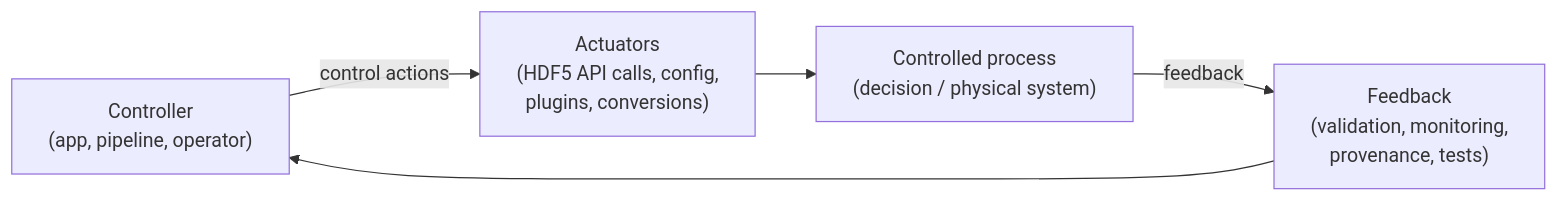
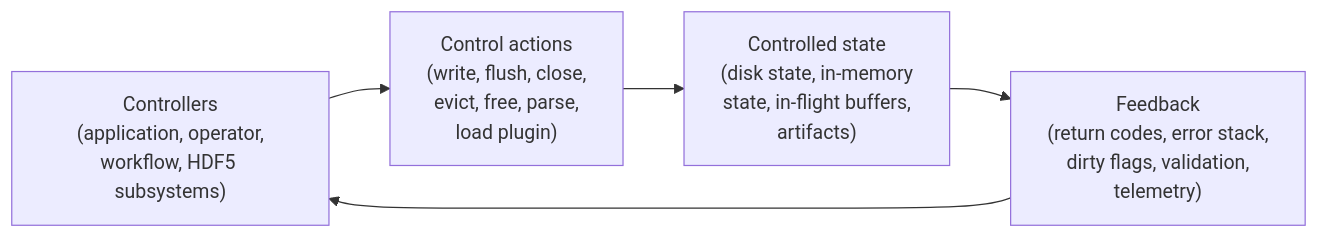
One commit to glennsong09/hdf5-ssp-sig changed the diagram in models/Safety Threats.md. Above: the diagram before and after it, drawn with Mermaid. The commit also changed other lines of this file, not shown here.

````diff
--- a/models/Safety Threats.md
+++ b/models/Safety Threats.md
@@ -138,7 +54,12 @@
 ```mermaid
 flowchart LR
-  C["Controller <br/> (app, pipeline, operator)"] -->|control actions| A["Actuators <br/> (HDF5 API calls, config, <br/> plugins, conversions)"]
-  A --> P["Controlled process <br/> (decision / physical system)"]
-  P -->|feedback| F["Feedback <br/> (validation, monitoring, <br/> provenance, tests)"]
+  C["Controllers<br/>(application, operator,<br/>workflow, HDF5 subsystems)"]
+  A["Control actions<br/>(write, flush, close,<br/>evict, free, parse,<br/> load plugin)"]
+  P["Controlled state<br/>(disk state, in-memory <br/> state, in-flight buffers,<br/> artifacts)"]
+  F["Feedback<br/>(return codes, error stack,<br/>dirty flags, validation,<br/>telemetry)"]
+
+  C --> A
+  A --> P
+  P --> F
   F --> C
 ```
````
